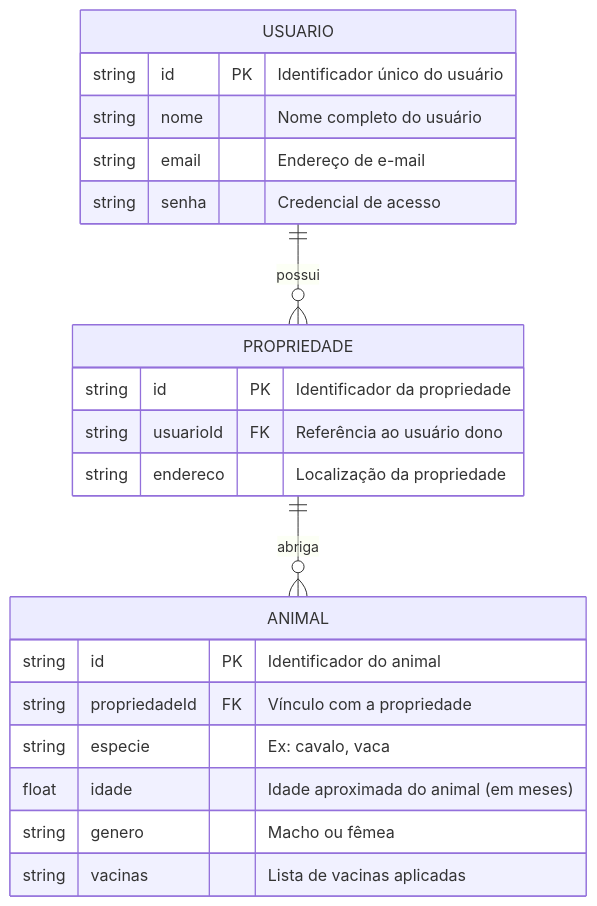
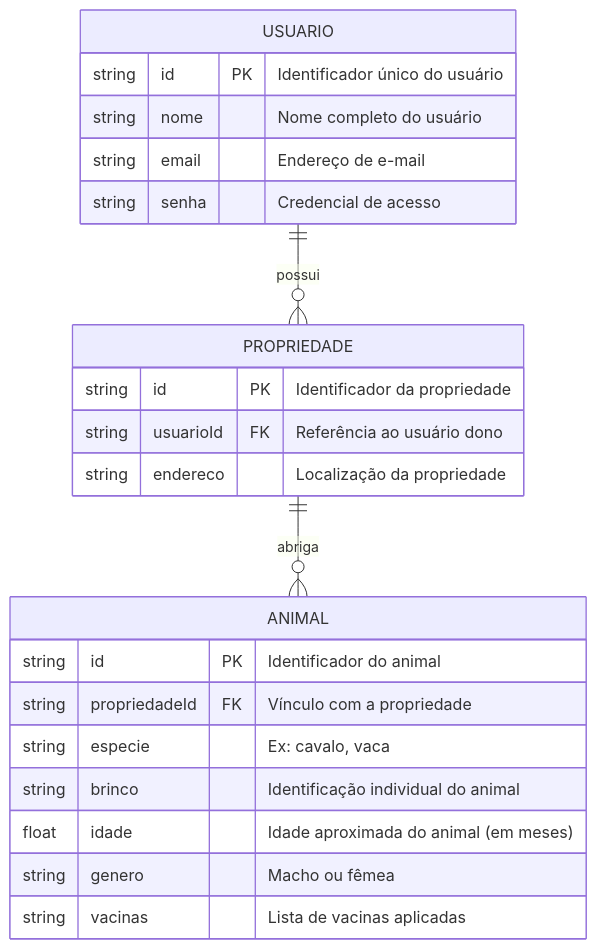
One commit to kowalczyk-eduardo/meu-rancho changed the diagram in docs/spec.md. Above: the diagram before and after it, drawn with Mermaid. The commit also changed other lines of this file, not shown here.

````diff
--- a/docs/spec.md
+++ b/docs/spec.md
@@ -10,27 +10,28 @@
 ```mermaid
 erDiagram
     USUARIO ||--o{ PROPRIEDADE : "possui"
     PROPRIEDADE ||--o{ ANIMAL : "abriga"
 
     USUARIO {
         string id PK "Identificador único do usuário"
         string nome "Nome completo do usuário"
         string email "Endereço de e-mail"
         string senha "Credencial de acesso"
     }
 
     PROPRIEDADE {
         string id PK "Identificador da propriedade"
         string usuarioId FK "Referência ao usuário dono"
         string endereco "Localização da propriedade"
     }
 
     ANIMAL {
         string id PK "Identificador do animal"
         string propriedadeId FK "Vínculo com a propriedade"
         string especie "Ex: cavalo, vaca"
+        string brinco "Identificação individual do animal"
         float idade "Idade aproximada do animal (em meses)"
         string genero "Macho ou fêmea"
         string vacinas "Lista de vacinas aplicadas"
     }
 ```
````
